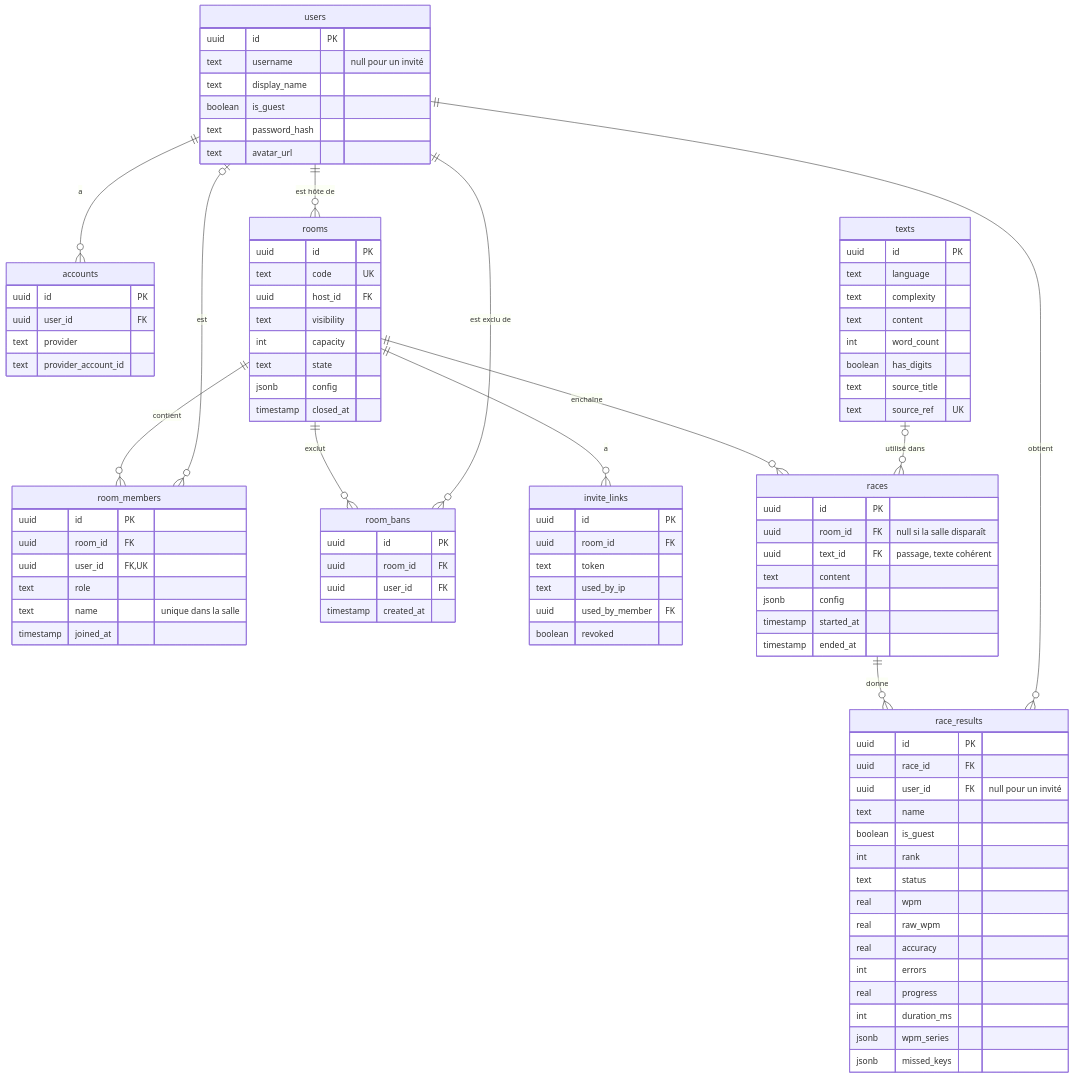
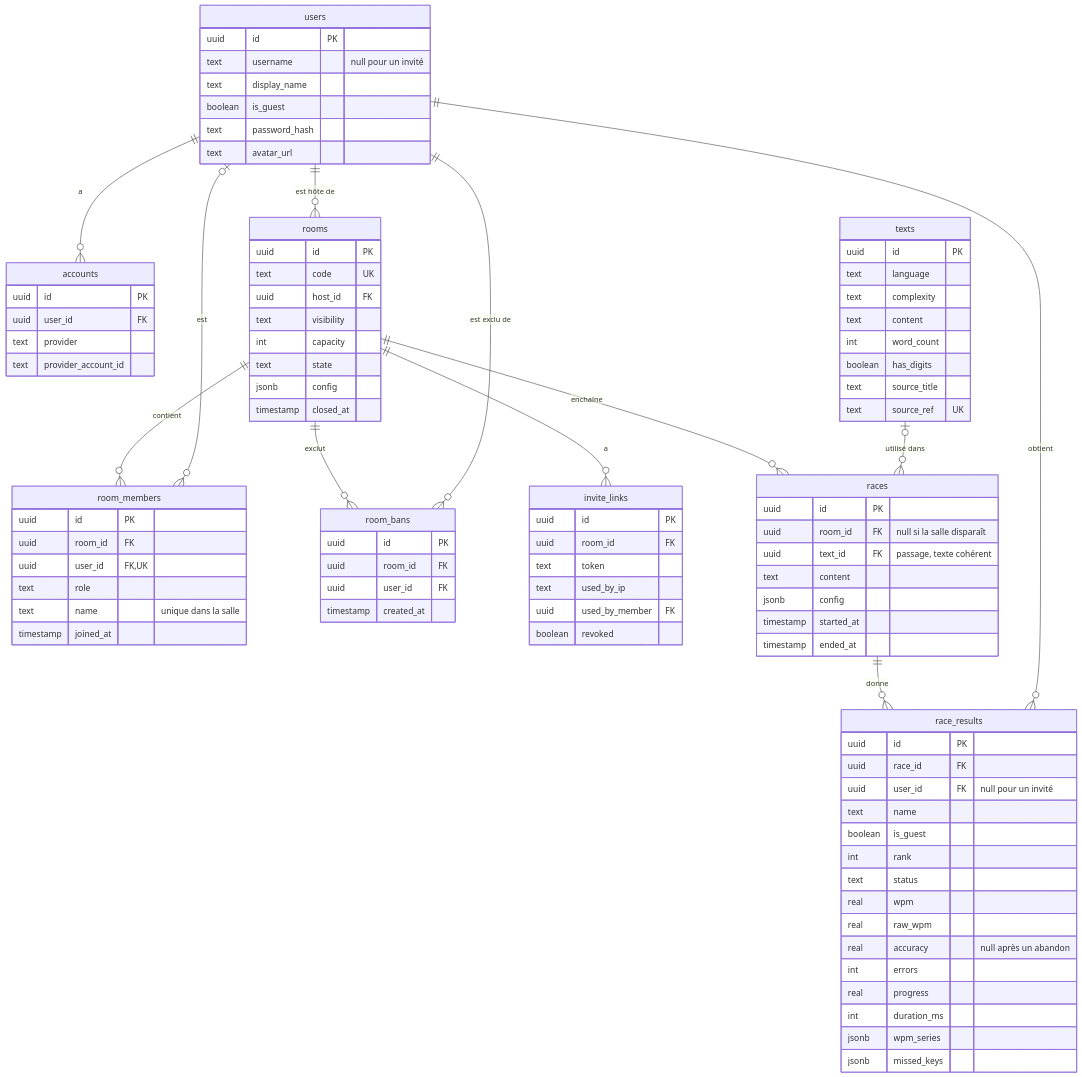
The first of 2 diagrams in docs/ARCHITECTURE.md (Onyyx256/typeracer), drawn with Mermaid before and after one commit.

Commit message:
docs: race_results accuracy is null after giving up, in the data model

```diff
--- a/docs/ARCHITECTURE.md
+++ b/docs/ARCHITECTURE.md
@@ -93,7 +93,7 @@
         text status
         real wpm
         real raw_wpm
-        real accuracy
+        real accuracy "null après un abandon"
         int errors
         real progress
         int duration_ms
```
